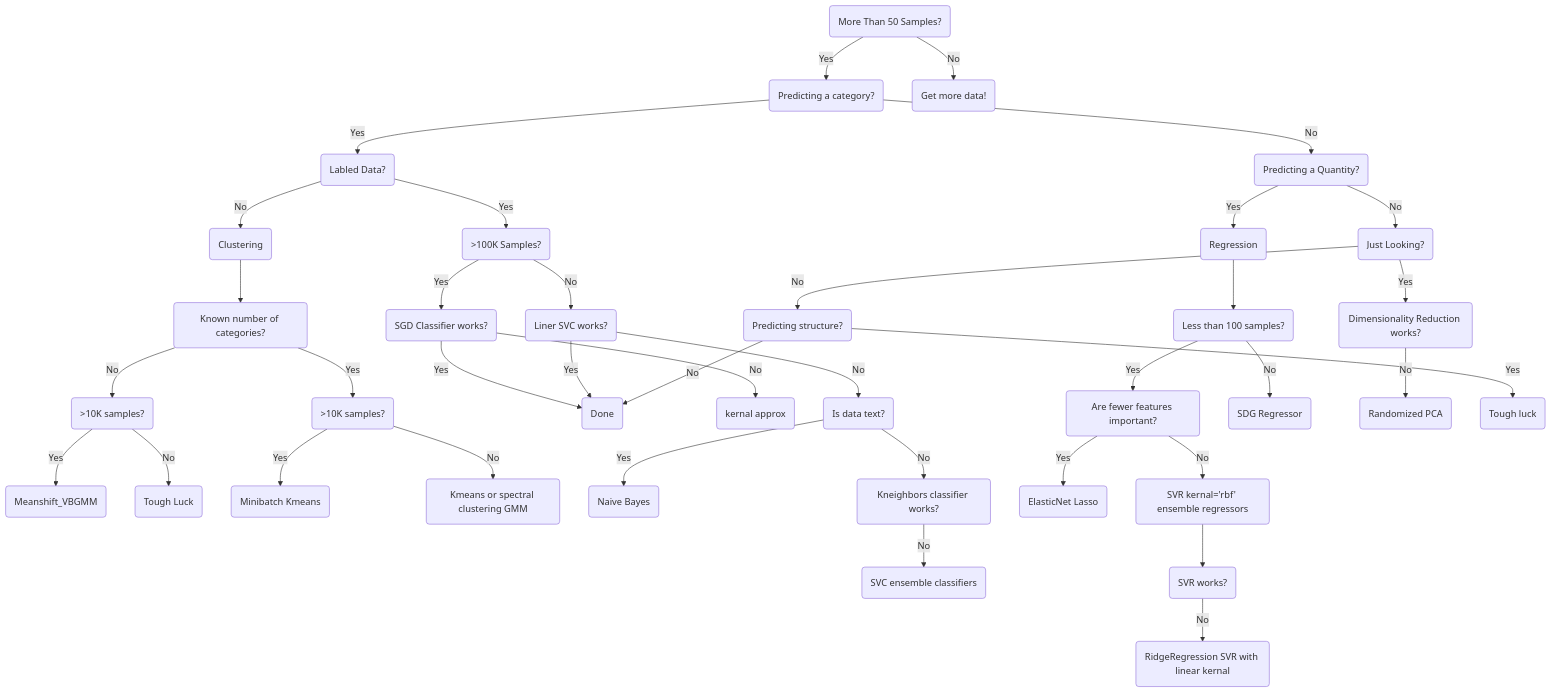
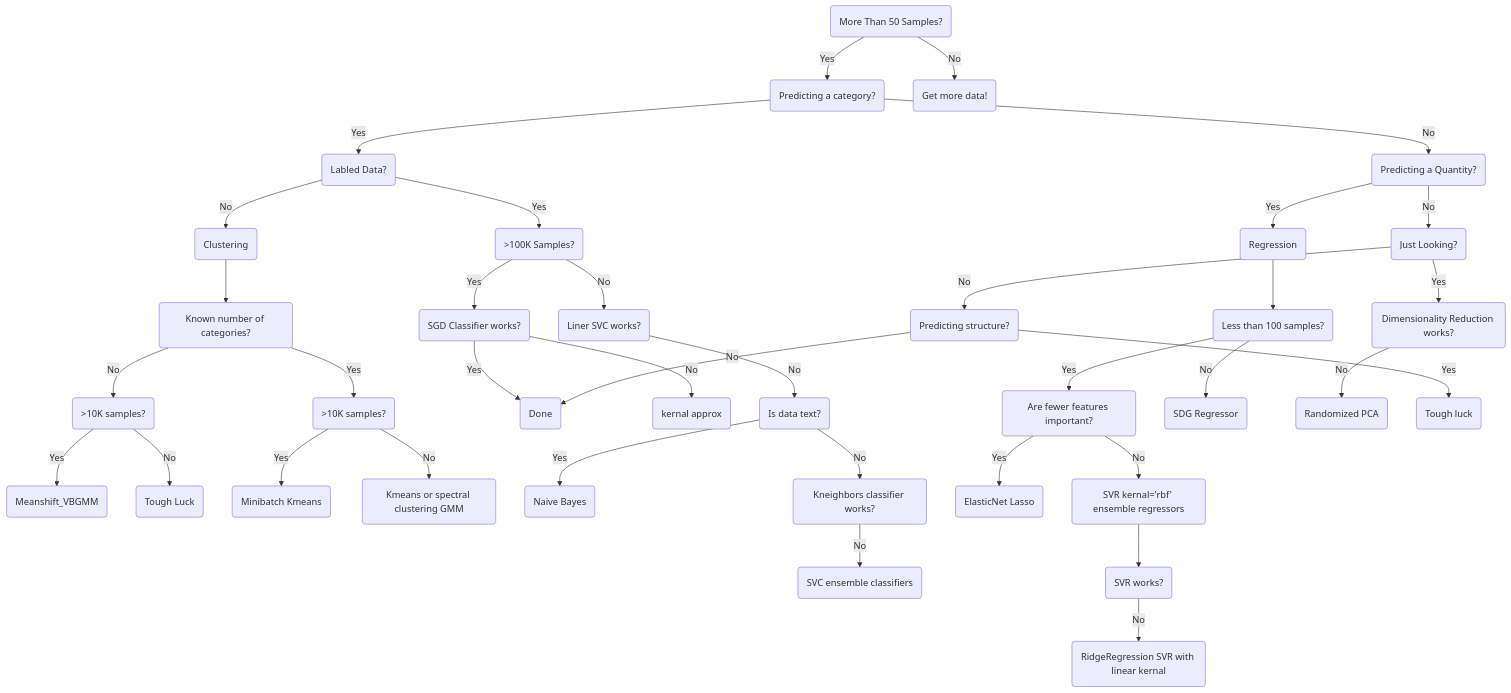
The diagram in ML_Cheatsheet.md (hwetsman/Public_Notes), drawn with Mermaid before and after one commit.

````diff
--- a/ML_Cheatsheet.md
+++ b/ML_Cheatsheet.md
@@ -1,76 +1,75 @@
 ```mermaid
 flowchart TD
 id1(More Than 50 Samples?)
   id2(Predicting a category?)
     id1-->|Yes|id2
     id4(Labled Data?)
       id2-->|Yes|id4
       id6(>100K Samples?)
         id4-->|Yes|id6
         id14(Clustering)
         id15(Known number of categories?)
           id16(>10K samples?)
           id17(>10K samples?)
           id15-->|Yes|id16
             id20(Meanshift_VBGMM)
             id98(Tough Luck)
             id17-->|Yes|id20
             id17-->|No|id98
           id15-->|No|id17
             id18(Minibatch Kmeans)
             id19(Kmeans or spectral clustering GMM)
             id16-->|Yes|id18
             id16-->|No|id19
         id14-->id15
         id4-->|No|id14
         id7(Liner SVC works?)
         id6-->|No|id7
         id8(SGD Classifier works?)
           id8-->|Yes|id99
           id13(kernal approx)
           id8-->|No|id13
         id6-->|Yes|id8
           id9(Is data text?)
           id7-->|No|id9
             id10(Naive Bayes)
             id9-->|Yes|id10
             id11(Kneighbors classifier works?)
             id9-->|No|id11
               id12(SVC ensemble classifiers)
               id11-->|No|id12
               id99(Done)
-                id7-->|Yes|id99
 
     id5(Predicting a Quantity?)
       id2-->|No|id5
       id30(Regression)
         id32(Less than 100 samples?)
           id33(Are fewer features important?)
             id32-->|Yes|id33
             id34(ElasticNet Lasso)
               id33-->|Yes|id34
             id35(SVR kernal='rbf' ensemble regressors)
               id33-->|No|id35
             id36(SVR works?)
               id35-->id36
             id37(RidgeRegression SVR with linear kernal)
               id36-->|No|id37
         id38(SDG Regressor)
           id32-->|No|id38
       id31(Just Looking?)
         id5-->|Yes|id30
         id30-->id32
         id5-->|No|id31
         id40(Dimensionality Reduction works?)
           id31-->|Yes|id40
         id41(Randomized PCA)
           id40-->|No|id41
         id42(Predicting structure?)
         id31-->|No|id42
           id42-->|No|id99
           id97(Tough luck)
           id42-->|Yes|id97
 
   id3(Get more data!)
     id1-->|No|id3
 ```
````
